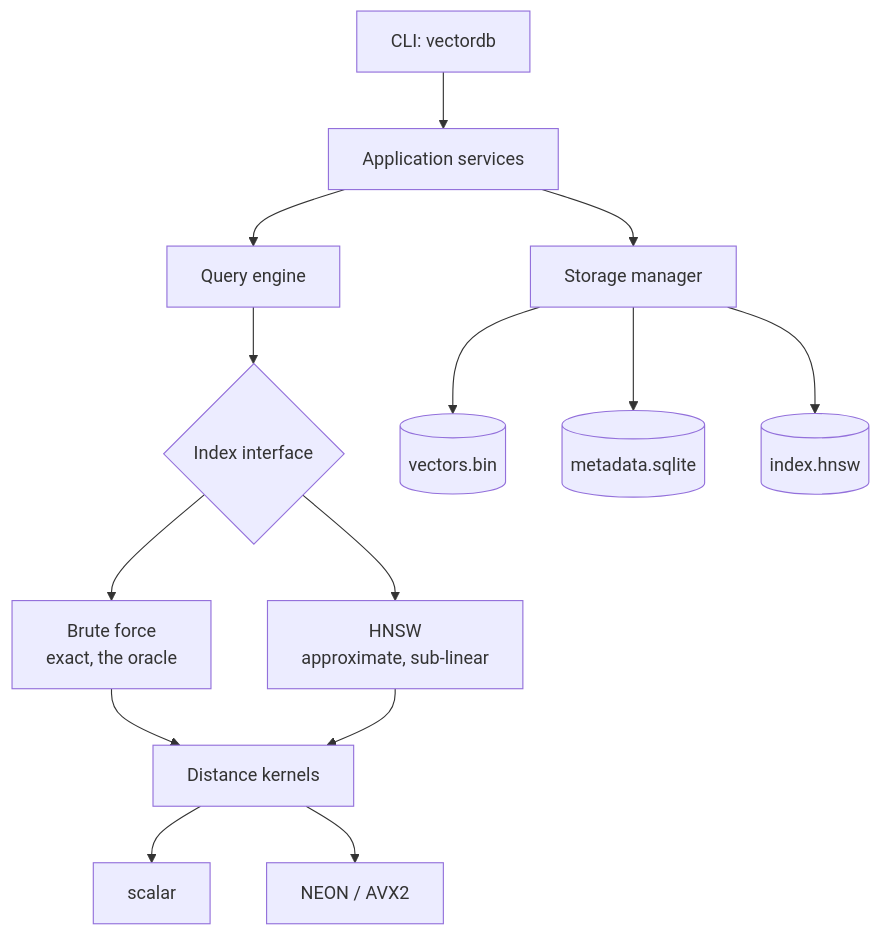
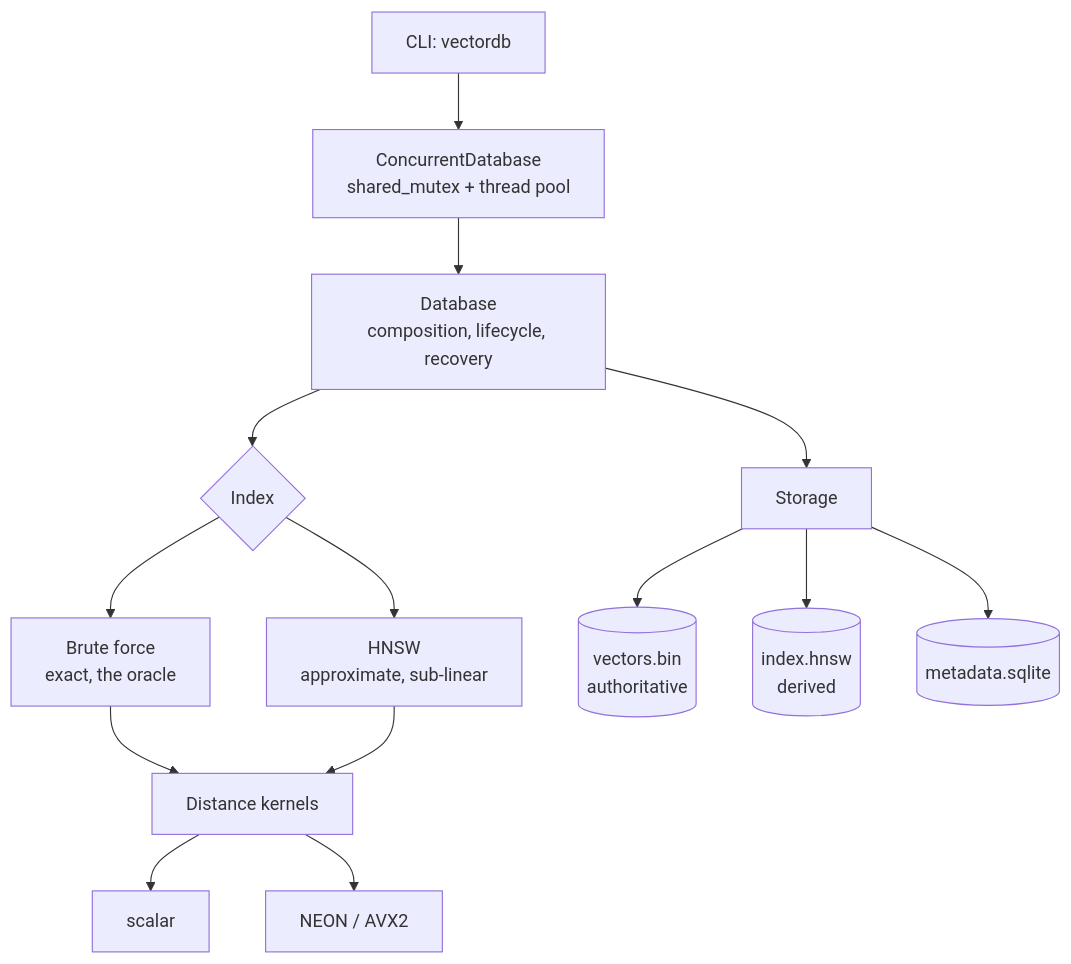
Before and after one commit to harshcooljn-iit/vector-db: the diagram in README.md, drawn with Mermaid. The commit also changed other lines of this file and 4 other files, not shown here.

````diff
--- a/README.md
+++ b/README.md
@@ -43,16 +79,16 @@
 ```mermaid
 flowchart TD
-    CLI[CLI: vectordb] --> APP[Application services]
-    APP --> QE[Query engine]
-    APP --> SM[Storage manager]
-    QE --> IDX{Index interface}
+    CLI[CLI: vectordb] --> CDB[ConcurrentDatabase<br/>shared_mutex + thread pool]
+    CDB --> DB[Database<br/>composition, lifecycle, recovery]
+    DB --> IDX{Index}
+    DB --> STO[Storage]
     IDX --> BF[Brute force<br/>exact, the oracle]
     IDX --> HNSW[HNSW<br/>approximate, sub-linear]
     BF --> DK[Distance kernels]
     HNSW --> DK
     DK --> SC[scalar]
     DK --> SIMD[NEON / AVX2]
-    SM --> VS[(vectors.bin)]
-    SM --> MD[(metadata.sqlite)]
-    SM --> IX[(index.hnsw)]
+    STO --> VS[(vectors.bin<br/>authoritative)]
+    STO --> IX[(index.hnsw<br/>derived)]
+    STO --> MD[(metadata.sqlite)]
 ```
````
